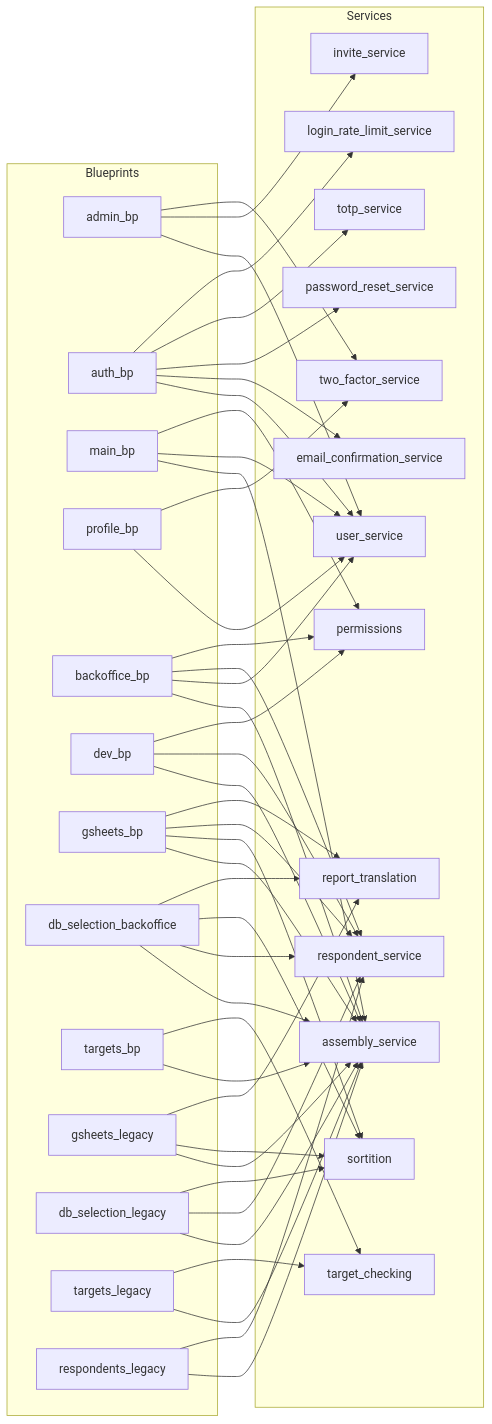
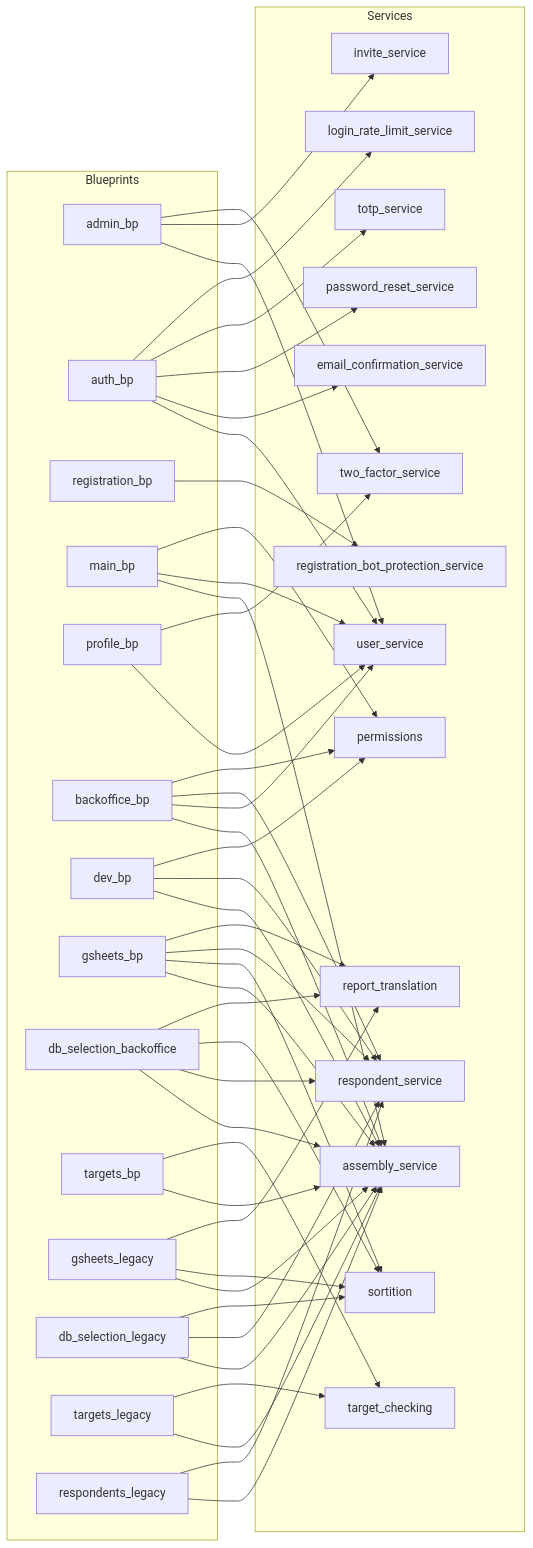
The third of 3 diagrams in backend/docs/architecture.md (sortitionfoundation/opendlp), drawn with Mermaid before and after one commit. The commit also changed other lines of this file and 2 other files, not shown here.

First line of the commit message:
docs: add bot protection operational docs and update architecture

````diff
--- a/backend/docs/architecture.md
+++ b/backend/docs/architecture.md
@@ -248,50 +250,53 @@
 ```mermaid
 flowchart LR
     subgraph BPs["Blueprints"]
         admin_bp
         auth_bp
+        registration_bp
         main_bp
         profile_bp
         backoffice_bp
         dev_bp
         gsheets_bp
         db_sel_bo[db_selection_backoffice]
         targets_bp
         gsheets_legacy_bp[gsheets_legacy]
         db_sel_legacy[db_selection_legacy]
         targets_legacy_bp[targets_legacy]
         respondents_legacy_bp[respondents_legacy]
     end
 
     subgraph Svc["Services"]
         assembly_svc[assembly_service]
         user_svc[user_service]
         respondent_svc[respondent_service]
         sortition_svc[sortition]
         invite_svc[invite_service]
         two_factor_svc[two_factor_service]
         email_confirm_svc[email_confirmation_service]
         password_reset_svc[password_reset_service]
         totp_svc[totp_service]
         login_rate_svc[login_rate_limit_service]
+        reg_bot_svc[registration_bot_protection_service]
         permissions_svc[permissions]
         target_check_svc[target_checking]
         report_xl[report_translation]
     end
 
     admin_bp --> user_svc & invite_svc & two_factor_svc
     auth_bp --> user_svc & email_confirm_svc & password_reset_svc & totp_svc & login_rate_svc
+    registration_bp --> reg_bot_svc
     main_bp --> assembly_svc & user_svc & permissions_svc
     profile_bp --> user_svc & two_factor_svc
     backoffice_bp --> assembly_svc & user_svc & respondent_svc & permissions_svc
     dev_bp --> assembly_svc & respondent_svc & permissions_svc
 
     gsheets_bp --> assembly_svc & sortition_svc & respondent_svc & report_xl
     db_sel_bo --> assembly_svc & respondent_svc & sortition_svc & report_xl
     targets_bp --> assembly_svc & target_check_svc
 
     gsheets_legacy_bp --> assembly_svc & sortition_svc & report_xl
     db_sel_legacy --> assembly_svc & respondent_svc & sortition_svc
     targets_legacy_bp --> assembly_svc & target_check_svc
     respondents_legacy_bp --> assembly_svc & respondent_svc
 ```
````
